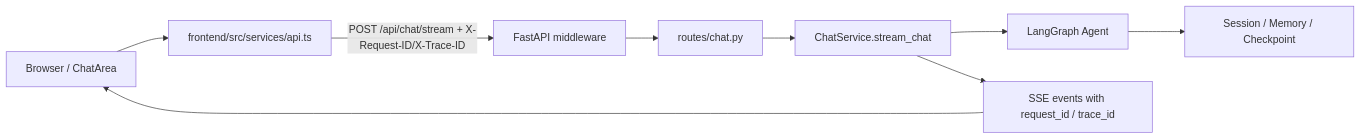
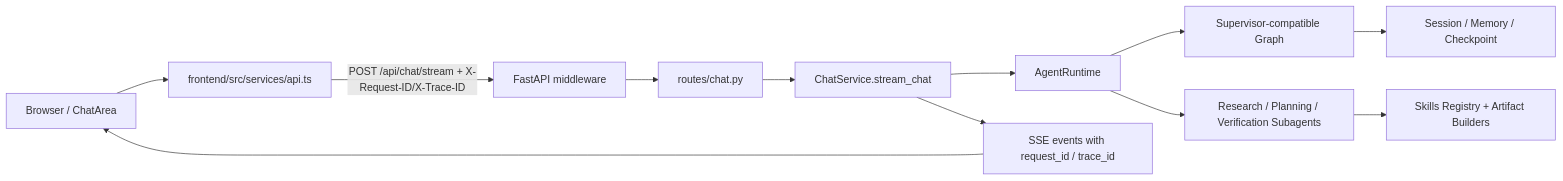
The first of 2 diagrams in docs/architecture/system-architecture.md (woodmeone/BitBlanket-Travel-Agent), drawn with Mermaid before and after one commit. The commit also changed other lines of this file and 59 other files, not shown here.

Commit message:
feat(platform): add runtime layering and session artifact hydration

````diff
--- a/docs/architecture/system-architecture.md
+++ b/docs/architecture/system-architecture.md
@@ -96,11 +109,14 @@
 ```mermaid
 flowchart LR
     A["Browser / ChatArea"] --> B["frontend/src/services/api.ts"]
     B -->|"POST /api/chat/stream + X-Request-ID/X-Trace-ID"| C["FastAPI middleware"]
     C --> D["routes/chat.py"]
     D --> E["ChatService.stream_chat"]
-    E --> F["LangGraph Agent"]
-    F --> G["Session / Memory / Checkpoint"]
-    E --> H["SSE events with request_id / trace_id"]
-    H --> A
+    E --> F["AgentRuntime"]
+    F --> G["Supervisor-compatible Graph"]
+    F --> H["Research / Planning / Verification Subagents"]
+    H --> I["Skills Registry + Artifact Builders"]
+    G --> J["Session / Memory / Checkpoint"]
+    E --> K["SSE events with request_id / trace_id"]
+    K --> A
 ```
````
